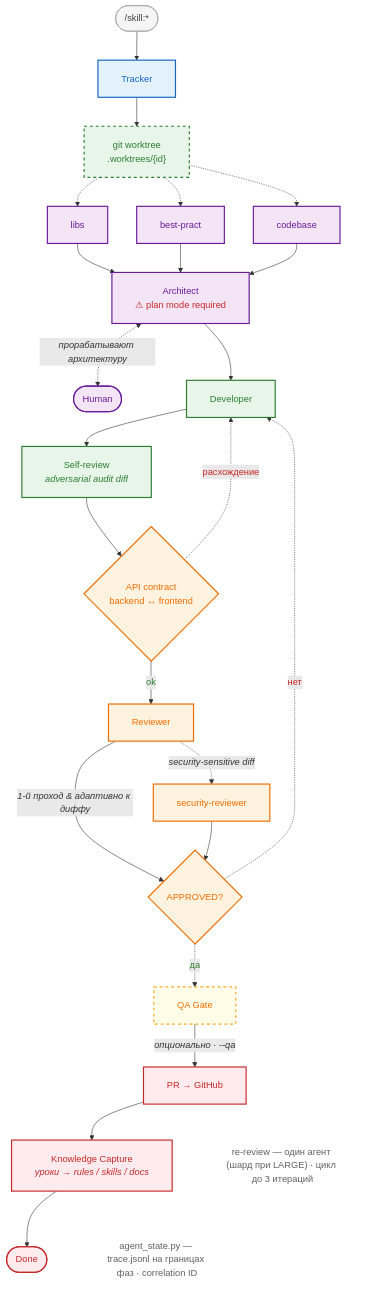
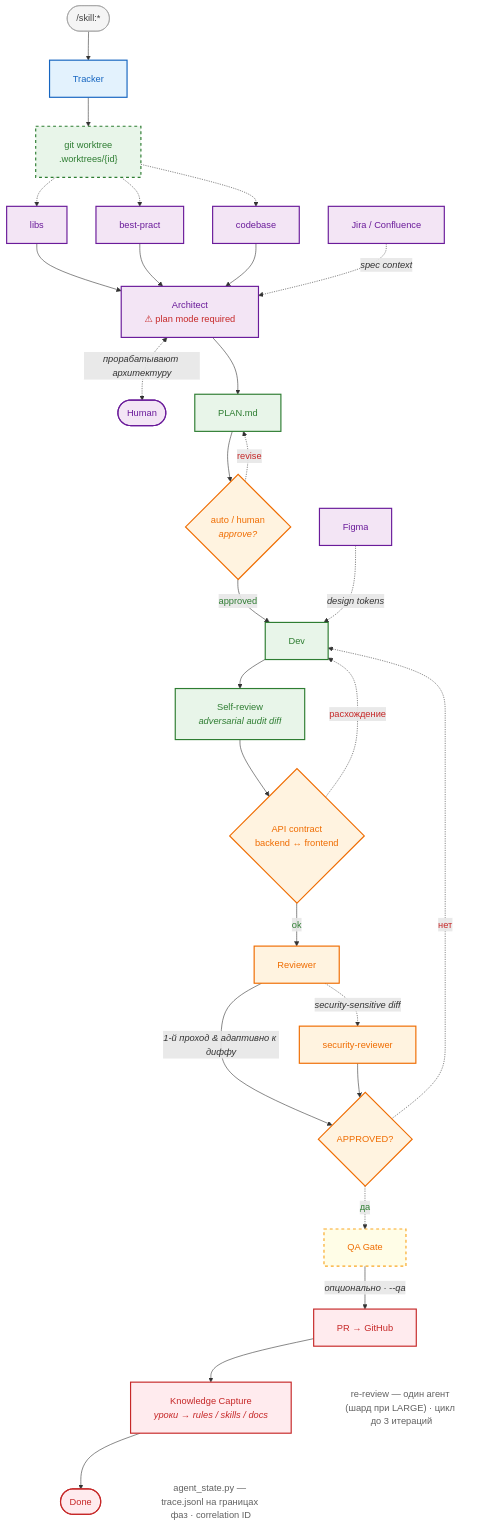
The diagram in README.md (EvgeniyElmanov/promelectron), drawn with Mermaid before and after one commit. The commit also changed other lines of this file and 1 other file, not shown here.

Commit message:
docs: update pipeline diagram with PLAN.md, approval gate, MCP sources

````diff
--- a/README.md
+++ b/README.md
@@ -137,7 +137,13 @@
 
     Architect["Architect<br/><font color='#c62828'>⚠ plan mode required</font>"] <-.->|<i>прорабатывают архитектуру</i>| Human([Human])
 
-    Architect --> Dev["Developer"]
+    Architect --> Plan["PLAN.md"]
+    Plan --> Approve{"auto / human<br/><i>approve?</i>"}
+    Approve -.->|<font color='#c62828'>revise</font>| Plan
+    Approve -->|<font color='#2e7d32'>approved</font>| Dev
+
+    JiraCon["Jira / Confluence"] -.->|<i>spec context</i>| Architect
+    Figma["Figma"] -.->|<i>design tokens</i>| Dev
 
     Dev --> SelfRev["Self-review<br/><i>adversarial audit diff</i>"]
 
@@ -179,6 +185,8 @@
     class Architect human
     class Human human
     class Dev dev
+    class Plan dev
+    class Approve review
     class SelfRev dev
     class Contract review
     class Reviewer review
@@ -188,6 +196,8 @@
     class MR ship
     class KC ship
     class Done ship
+    class JiraCon research
+    class Figma research
     class noteBottom note
     class noteTrace note
 ```
````
